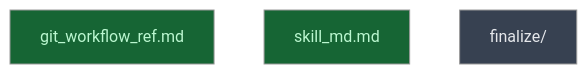
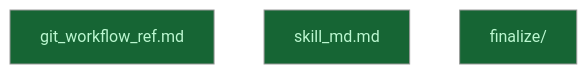
The diagram in __roadmap__/create-committing-changes-skill/implement/README.md (CrackingShells/cracking-shells-playbook), drawn with Mermaid (neutral theme) before and after one commit. The commit also changed other lines of this file and 8 other files, not shown here.

````diff
--- a/__roadmap__/create-committing-changes-skill/implement/README.md
+++ b/__roadmap__/create-committing-changes-skill/implement/README.md
@@ -37,11 +37,11 @@
 ```mermaid
 graph TD
     git_workflow_ref[git_workflow_ref.md]:::done
     skill_md[skill_md.md]:::done
-    finalize[finalize/]:::planned
+    finalize[finalize/]:::done
     classDef done fill:#166534,color:#bbf7d0
     classDef inprogress fill:#854d0e,color:#fef08a
     classDef planned fill:#374151,color:#e5e7eb
     classDef amendment fill:#1e3a5f,color:#bfdbfe
     classDef blocked fill:#7f1d1d,color:#fecaca
 ```
````
